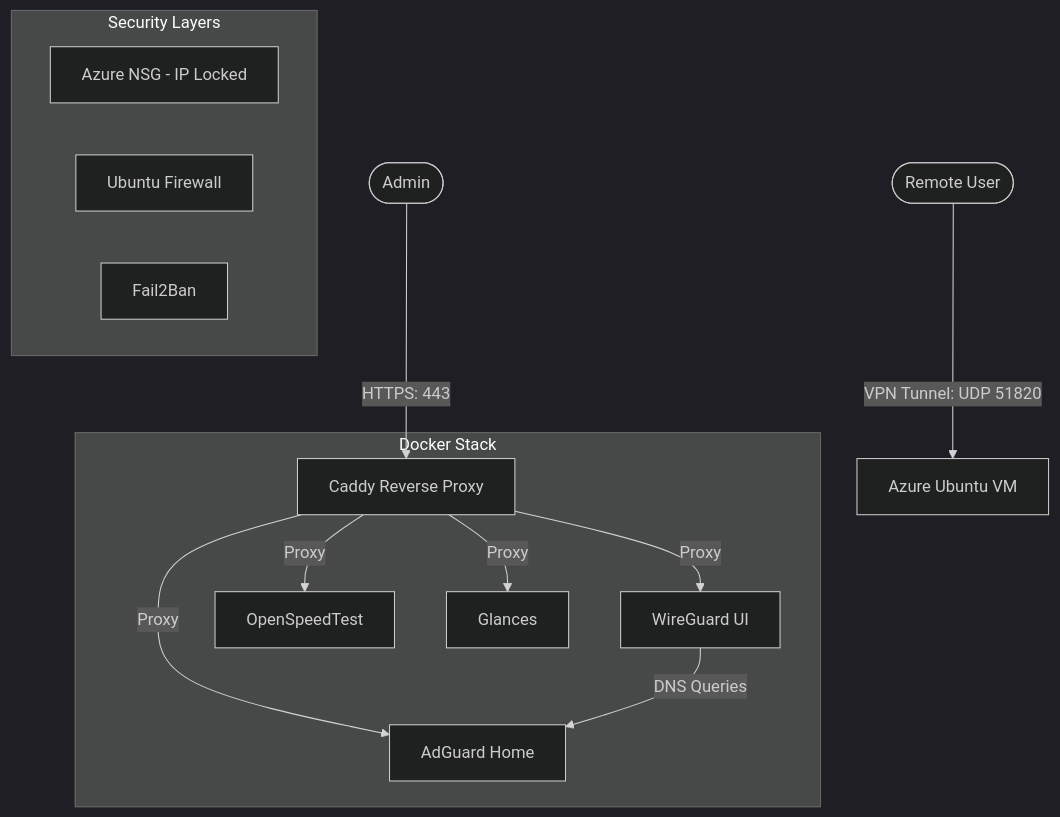
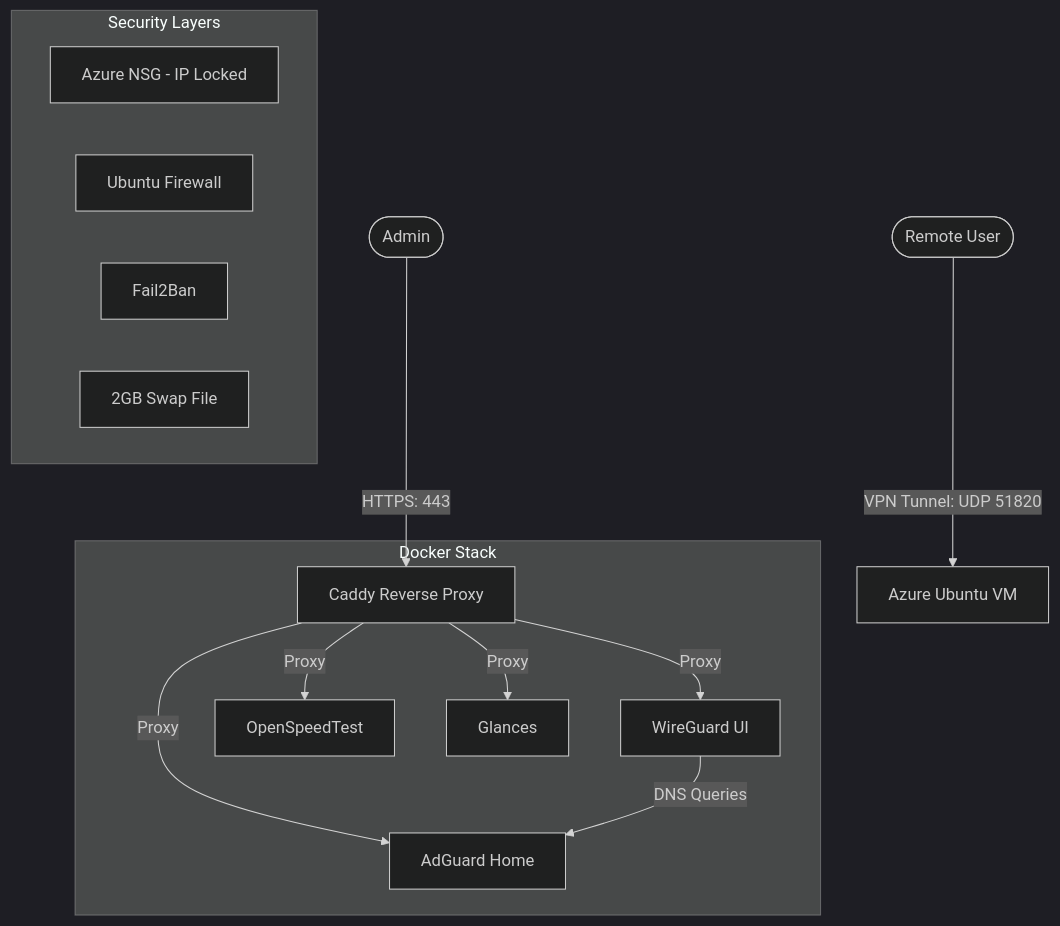
The diagram in README.md (gokaycagri/WireGuard-Adguard-Home), drawn with Mermaid (dark theme) before and after one commit. The commit also changed other lines of this file and 5 other files, not shown here.

````diff
--- a/README.md
+++ b/README.md
@@ -29,19 +34,20 @@
 ```mermaid
 graph TD
     User([Remote User]) -- VPN Tunnel: UDP 51820 --> VM[Azure Ubuntu VM]
     Admin([Admin]) -- HTTPS: 443 --> Caddy[Caddy Reverse Proxy]
     
     subgraph "Docker Stack"
         Caddy -- Proxy --> WG[WireGuard UI]
         Caddy -- Proxy --> AG[AdGuard Home]
         Caddy -- Proxy --> ST[OpenSpeedTest]
         Caddy -- Proxy --> GL[Glances]
         WG -- DNS Queries --> AG
     end
     
     subgraph "Security Layers"
         FW[Azure NSG - IP Locked]
         UFW[Ubuntu Firewall]
         F2B[Fail2Ban]
+        SWAP[2GB Swap File]
     end
 ```
````
